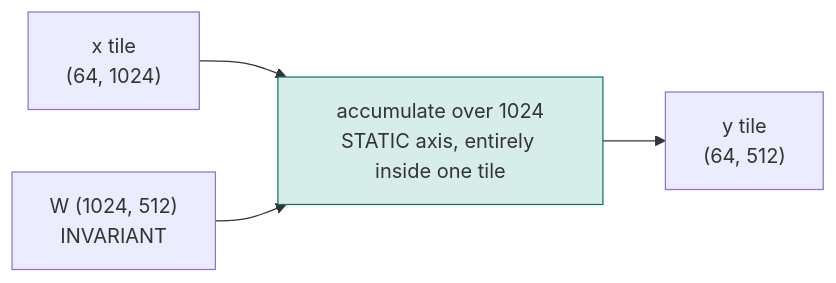
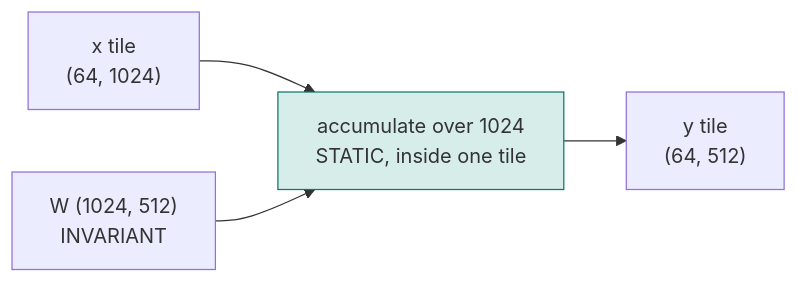
The fifth of 13 diagrams in docs/source/compiler/symbolic_shapes.md (GopikrishnaGitRepo/torch-spyre), drawn with Mermaid before and after one commit. The commit also changed other lines of this file, not shown here.

````diff
--- a/docs/source/compiler/symbolic_shapes.md
+++ b/docs/source/compiler/symbolic_shapes.md
@@ -393,12 +422,12 @@
 ```mermaid
 flowchart LR
   xt["x tile<br/>(64, 1024)"]
   wt["W (1024, 512)<br/>INVARIANT"]
-  acc["accumulate over 1024<br/>STATIC axis, entirely inside one tile"]
+  acc["accumulate over 1024<br/>STATIC, inside one tile"]
   yt["y tile<br/>(64, 512)"]
   xt --> acc
   wt --> acc
   acc --> yt
   classDef ok fill:#d7ede9,stroke:#0f766e;
   class acc ok
 ```
````
